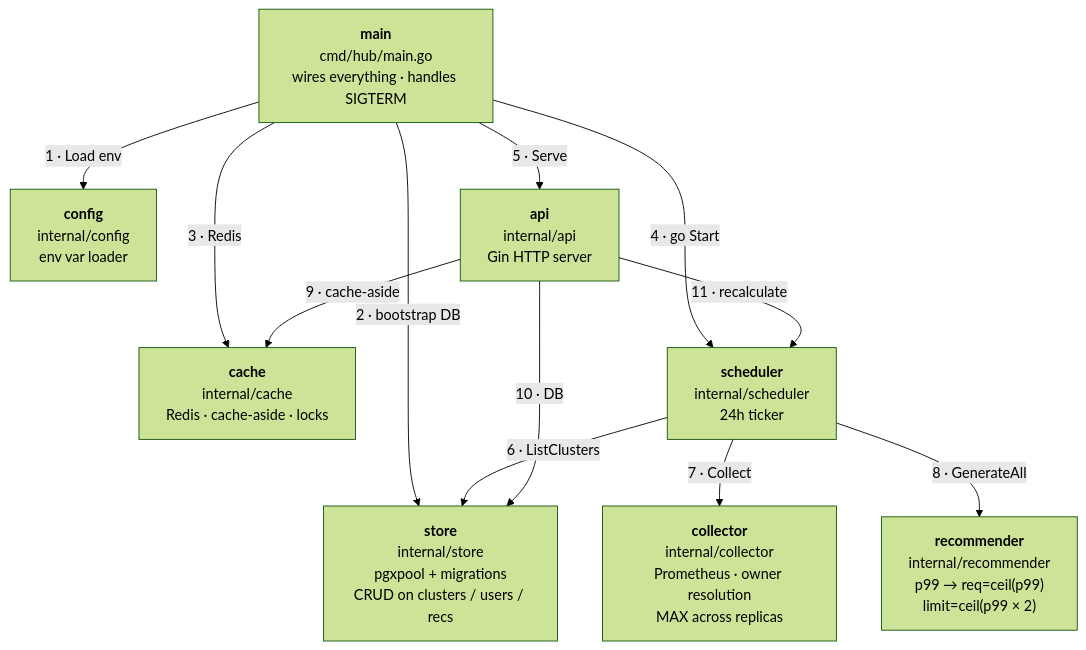
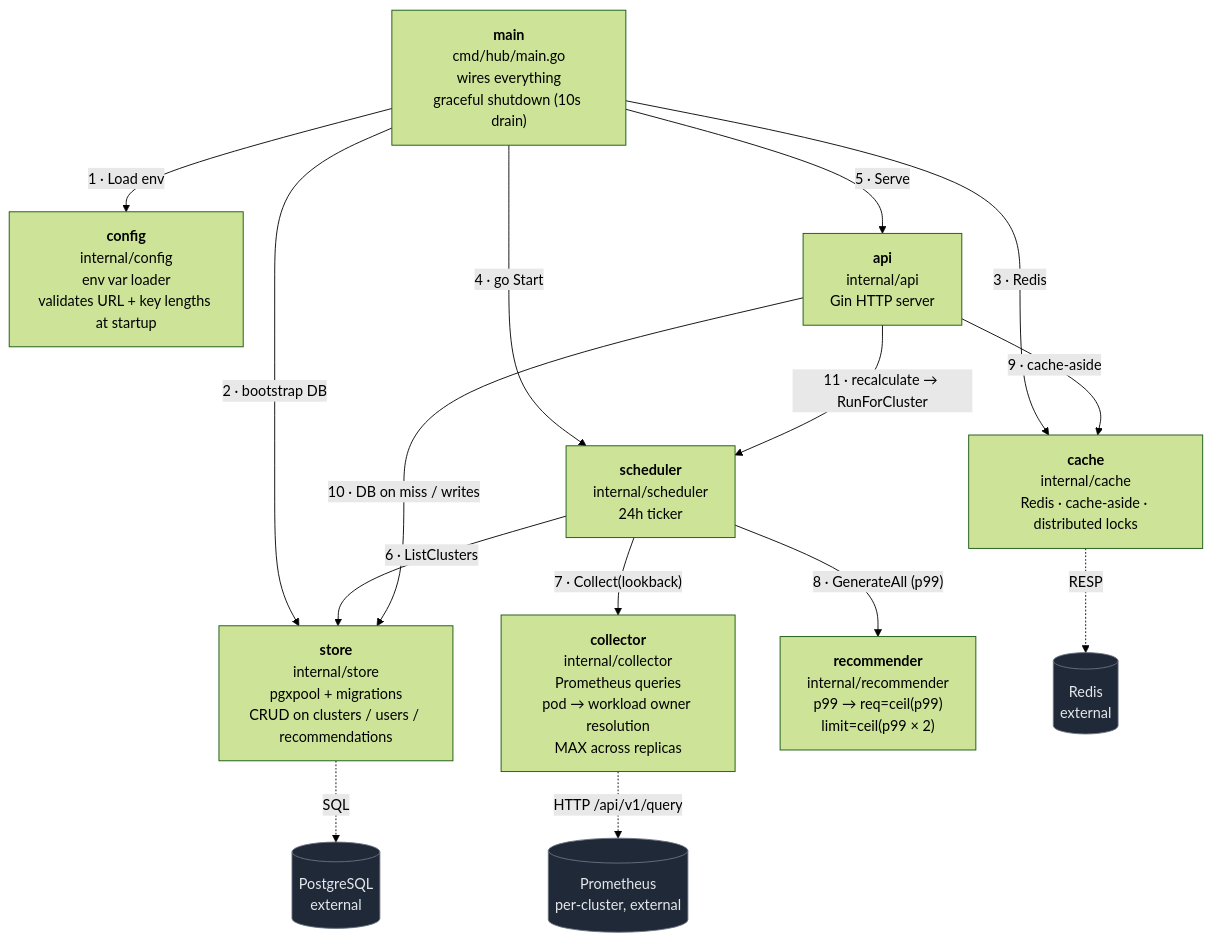
One commit to RISHABH1270/PodOptix changed the diagram in docs/code-map.md. Above: the diagram before and after it, drawn with Mermaid (forest theme).

Commit message:
docs(code-map): add external systems + reflect recent config/main hardening
Two things changed:

1. Added Postgres / Redis / Prometheus as external cylinder-shaped nodes
   with dashed arrows (SQL / RESP / HTTP). Makes the system boundary
   explicit — reinforces the "only store talks to PG, only cache talks
   to Redis, only collector talks to Prometheus" architecture that the
   last few fix passes keep protecting.

2. Updated two box labels to reflect recent fixes:
   - main: added "graceful shutdown (10s drain)"
   - config: added "validates URL + key lengths at startup"

````diff
--- a/docs/code-map.md
+++ b/docs/code-map.md
@@ -3,26 +3,37 @@
 ```mermaid
 flowchart TB
-    main["<b>main</b><br/>cmd/hub/main.go<br/>wires everything · handles SIGTERM"]
+    main["<b>main</b><br/>cmd/hub/main.go<br/>wires everything<br/>graceful shutdown (10s drain)"]
 
-    config["<b>config</b><br/>internal/config<br/>env var loader"]
-    store["<b>store</b><br/>internal/store<br/>pgxpool + migrations<br/>CRUD on clusters / users / recs"]
-    cache["<b>cache</b><br/>internal/cache<br/>Redis · cache-aside · locks"]
-    collector["<b>collector</b><br/>internal/collector<br/>Prometheus · owner resolution<br/>MAX across replicas"]
+    config["<b>config</b><br/>internal/config<br/>env var loader<br/>validates URL + key lengths at startup"]
+    store["<b>store</b><br/>internal/store<br/>pgxpool + migrations<br/>CRUD on clusters / users / recommendations"]
+    cache["<b>cache</b><br/>internal/cache<br/>Redis · cache-aside · distributed locks"]
+    collector["<b>collector</b><br/>internal/collector<br/>Prometheus queries<br/>pod → workload owner resolution<br/>MAX across replicas"]
     recommender["<b>recommender</b><br/>internal/recommender<br/>p99 → req=ceil(p99)<br/>limit=ceil(p99 × 2)"]
     scheduler["<b>scheduler</b><br/>internal/scheduler<br/>24h ticker"]
     api["<b>api</b><br/>internal/api<br/>Gin HTTP server"]
+
+    pg[("PostgreSQL<br/>external")]
+    rd[("Redis<br/>external")]
+    prom[("Prometheus<br/>per-cluster, external")]
 
     main -->|"1 · Load env"| config
     main -->|"2 · bootstrap DB"| store
     main -->|"3 · Redis"| cache
     main -->|"4 · go Start"| scheduler
     main -->|"5 · Serve"| api
 
     scheduler -->|"6 · ListClusters"| store
-    scheduler -->|"7 · Collect"| collector
-    scheduler -->|"8 · GenerateAll"| recommender
+    scheduler -->|"7 · Collect(lookback)"| collector
+    scheduler -->|"8 · GenerateAll (p99)"| recommender
 
     api -->|"9 · cache-aside"| cache
-    api -->|"10 · DB"| store
-    api -->|"11 · recalculate"| scheduler
+    api -->|"10 · DB on miss / writes"| store
+    api -->|"11 · recalculate → RunForCluster"| scheduler
+
+    store -.->|SQL| pg
+    cache -.->|RESP| rd
+    collector -.->|HTTP /api/v1/query| prom
+
+    classDef ext fill:#1f2937,stroke:#6b7280,color:#e5e7eb
+    class pg,rd,prom ext
 ```
````
